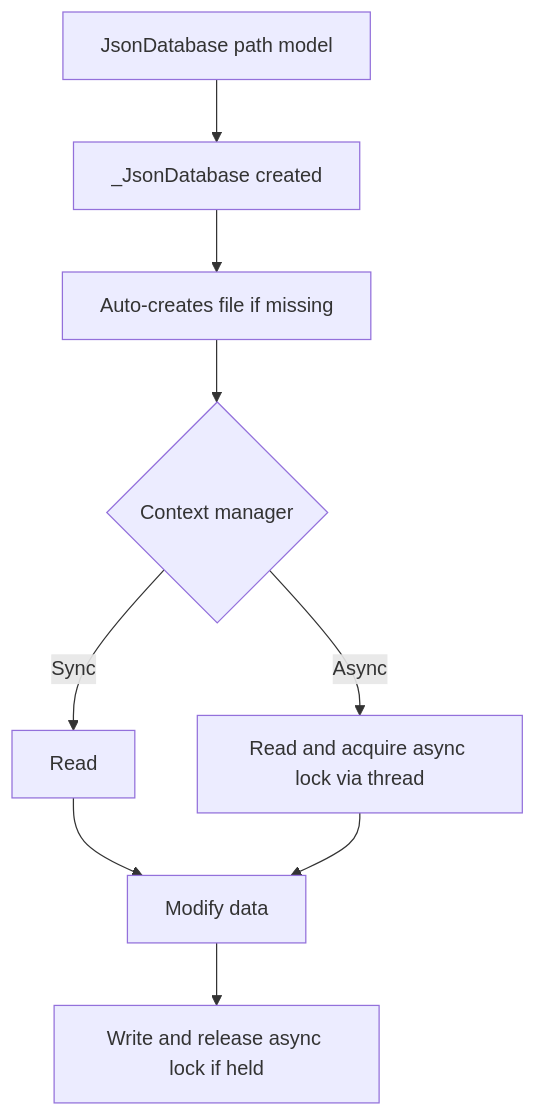
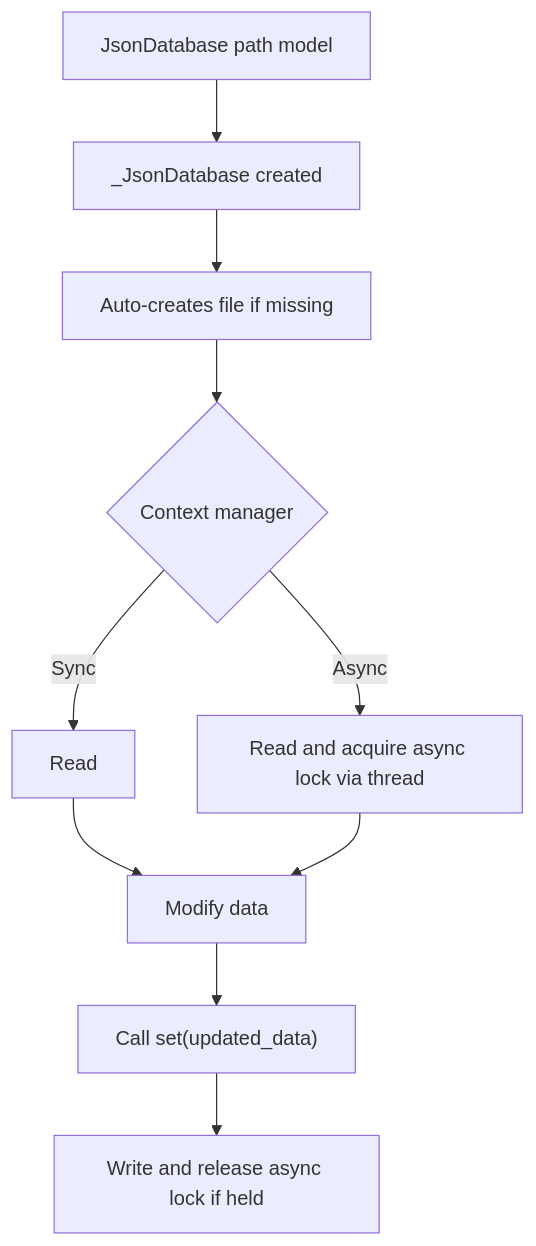
One commit to jeevanjohnson/jays-tools changed the diagram in README.md. Above: the diagram before and after it, drawn with Mermaid. The commit also changed other lines of this file and 3 other files, not shown here.

First line of the commit message:
feat(json-database): add explicit set() method for data persistence

````diff
--- a/README.md
+++ b/README.md
@@ -88,11 +90,12 @@
 ```mermaid
 flowchart TD
     A["JsonDatabase path model"] --> B["_JsonDatabase created"]
     B --> C["Auto-creates file if missing"]
     C --> D{"Context manager"}
     D -->|"Sync"| E["Read"]
     D -->|"Async"| F["Read and acquire async lock via thread"]
     E --> G["Modify data"]
     F --> G
-    G --> H["Write and release async lock if held"]
+    G --> H["Call set(updated_data)"]
+    H --> I["Write and release async lock if held"]
 ```
````
